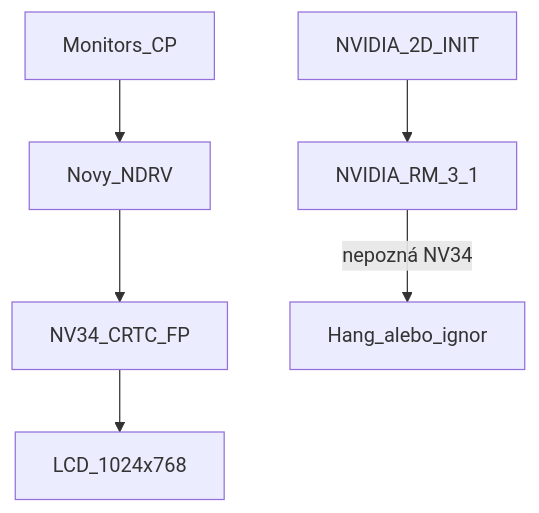
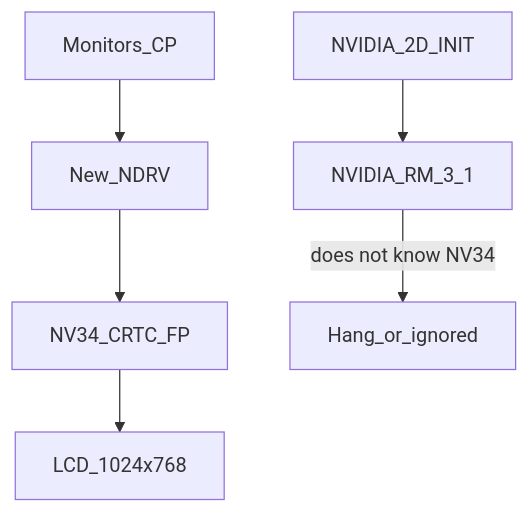
Before and after one commit to matrasoriginal/macos9-nv34-driver: the diagram in PLAN.md, drawn with Mermaid. The commit also changed other lines of this file and 9 other files, not shown here.

````diff
--- a/PLAN.md
+++ b/PLAN.md
@@ -33,8 +33,8 @@
 ```mermaid
 flowchart TD
-  monitors[Monitors_CP] --> ndrv[Novy_NDRV]
+  monitors[Monitors_CP] --> ndrv[New_NDRV]
   ndrv --> crtc[NV34_CRTC_FP]
   crtc --> lcd[LCD_1024x768]
   accel2d[NVIDIA_2D_INIT] --> rm[NVIDIA_RM_3_1]
-  rm -->|nepozná NV34| fail[Hang_alebo_ignor]
+  rm -->|does not know NV34| fail[Hang_or_ignored]
 ```
````
